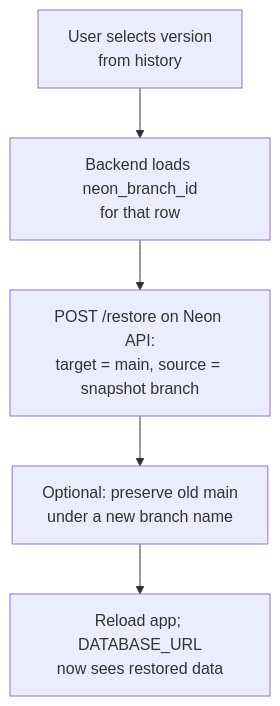
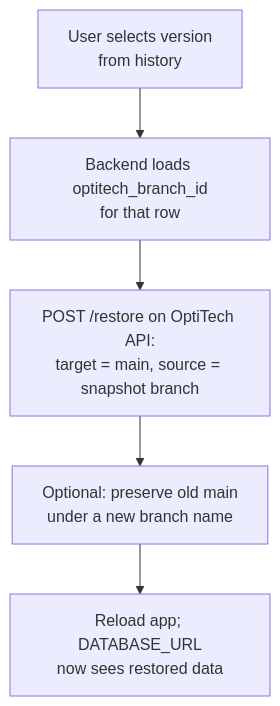
One commit to prakto-org/optitech-hemsida changed the fourth of 4 diagrams in content/guides/google-docs-style-version-history-neon-branching.md. Above: the diagram before and after it, drawn with Mermaid. The commit also changed other lines of this file and 2084 other files, not shown here.

First line of the commit message:
feat: rebrand Neon site to OptiTech

````diff
--- a/content/guides/google-docs-style-version-history-neon-branching.md
+++ b/content/guides/google-docs-style-version-history-neon-branching.md
@@ -166,7 +166,7 @@
 ```mermaid
 flowchart TD
-  A["User selects version<br/>from history"] --> B["Backend loads neon_branch_id<br/>for that row"]
-  B --> C["POST /restore on Neon API:<br/>target = main, source = snapshot branch"]
+  A["User selects version<br/>from history"] --> B["Backend loads optitech_branch_id<br/>for that row"]
+  B --> C["POST /restore on OptiTech API:<br/>target = main, source = snapshot branch"]
   C --> D["Optional: preserve old main<br/>under a new branch name"]
   D --> E["Reload app; DATABASE_URL<br/>now sees restored data"]
 ```
````
